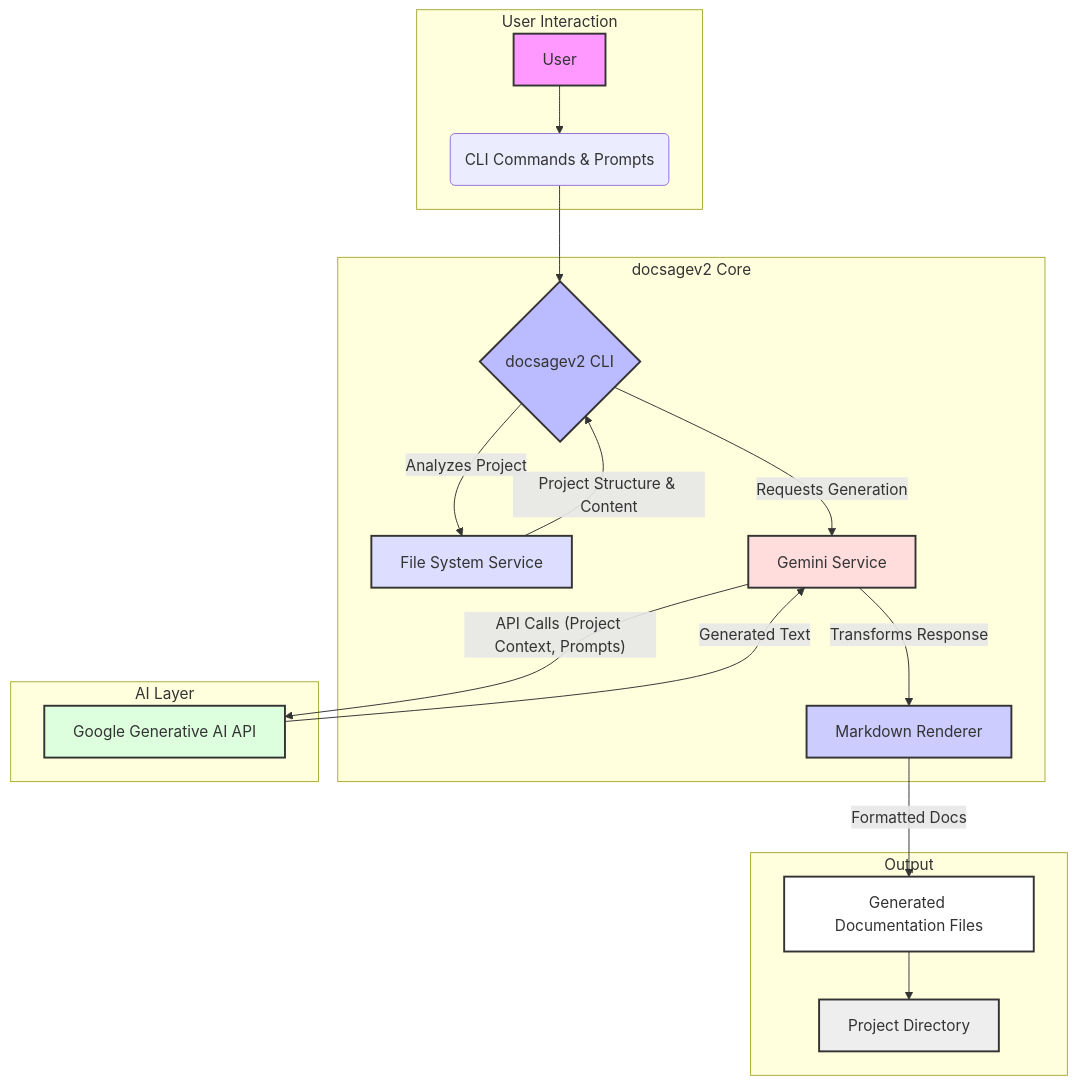
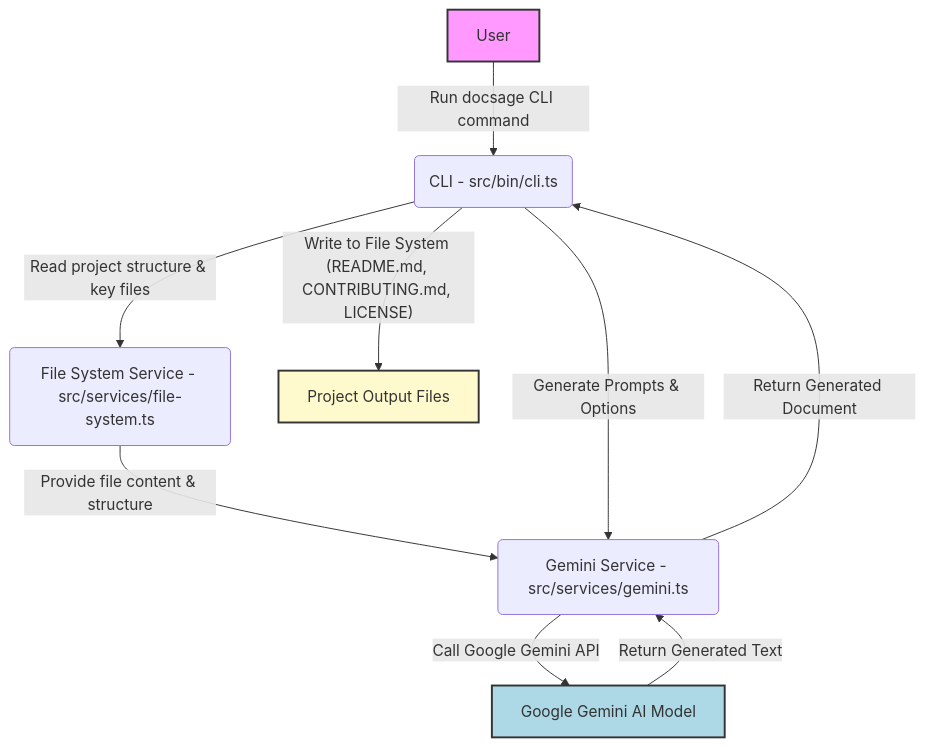
One commit to Owusu1946/docsagev2 changed the first of 3 diagrams in README.md. Above: the diagram before and after it, drawn with Mermaid. The commit also changed other lines of this file and 2 other files, not shown here.

````diff
--- a/README.md
+++ b/README.md
@@ -75,33 +73,19 @@
 ```mermaid
 graph TD
-    subgraph User Interaction
-        A[User] --> B(CLI Commands & Prompts);
-    end
+    A[User] -- "Run docsage CLI command" --> B(CLI - src/bin/cli.ts);
 
-    subgraph docsagev2 Core
-        B --> C{docsagev2 CLI};
-        C -- Analyzes Project --> D[File System Service];
-        D -- Project Structure & Content --> C;
-        C -- Requests Generation --> E[Gemini Service];
-        E -- Transforms Response --> G[Markdown Renderer];
-    end
+    B -- "Read project structure & key files" --> C(File System Service - src/services/file-system.ts);
+    C -- "Provide file content & structure" --> D(Gemini Service - src/services/gemini.ts);
 
-    subgraph AI Layer
-        E -- API Calls (Project Context, Prompts) --> F[Google Generative AI API];
-        F -- Generated Text --> E;
-    end
+    B -- "Generate Prompts & Options" --> D;
 
-    subgraph Output
-        G -- Formatted Docs --> H[Generated Documentation Files];
-        H --> I[Project Directory];
-    end
+    D -- "Call Google Gemini API" --> E[Google Gemini AI Model];
+    E -- "Return Generated Text" --> D;
 
-    style A fill:#f9f,stroke:#333,stroke-width:2px
-    style C fill:#bbf,stroke:#333,stroke-width:2px
-    style D fill:#ddf,stroke:#333,stroke-width:2px
-    style E fill:#fdd,stroke:#333,stroke-width:2px
-    style F fill:#dfd,stroke:#333,stroke-width:2px
-    style G fill:#ccf,stroke:#333,stroke-width:2px
-    style H fill:#fff,stroke:#333,stroke-width:2px
-    style I fill:#eee,stroke:#333,stroke-width:2px
+    D -- "Return Generated Document" --> B;
+    B -- "Write to File System (README.md, CONTRIBUTING.md, LICENSE)" --> F[Project Output Files];
+
+    style A fill:#f9f,stroke:#333,stroke-width:2px;
+    style E fill:#ADD8E6,stroke:#333,stroke-width:2px;
+    style F fill:#FFFACD,stroke:#333,stroke-width:2px;
 ```
````
